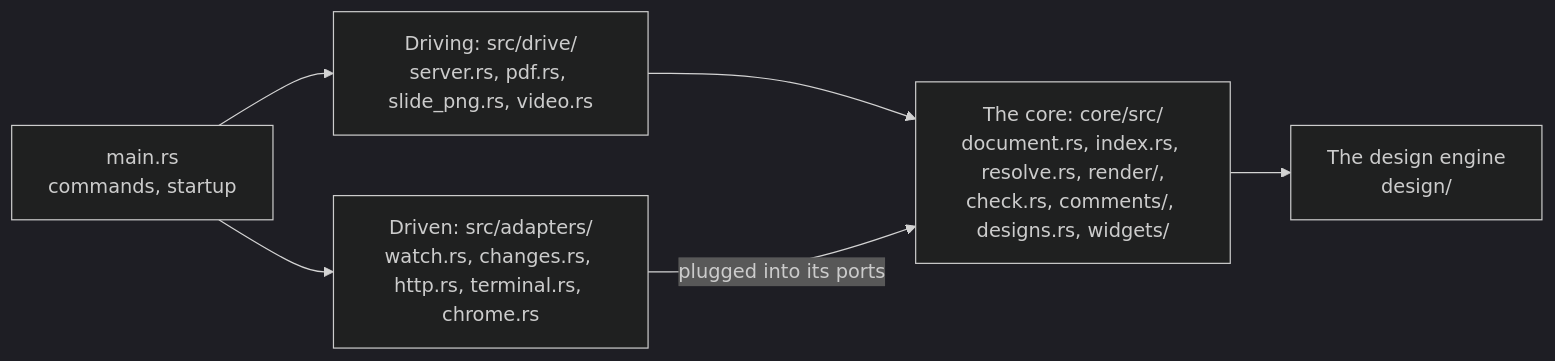
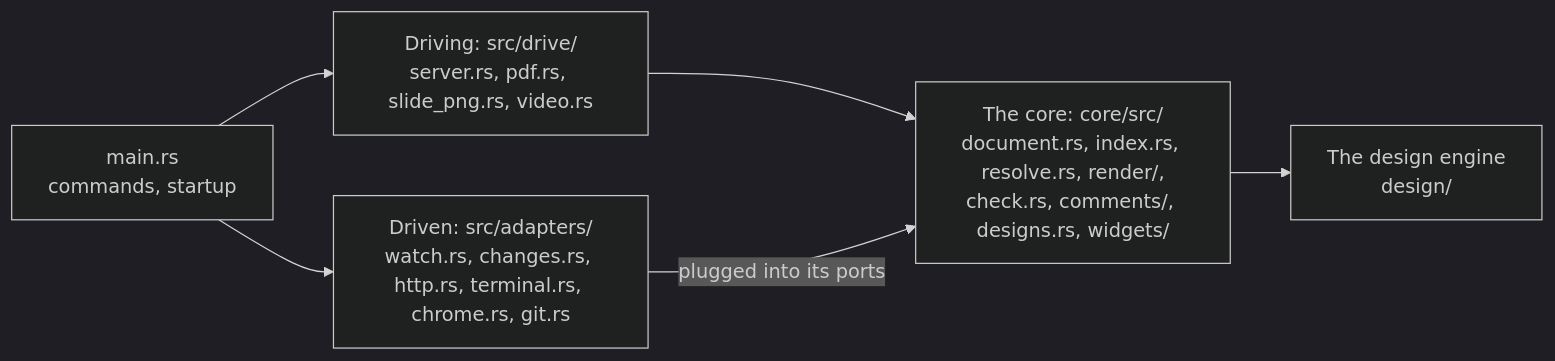
Before and after one commit to andrei512/devpage: the diagram in docs/boxes/engineering/code-map/README.md, drawn with Mermaid (dark theme). The commit also changed other lines of this file and 30 other files, not shown here.

````diff
--- a/docs/boxes/engineering/code-map/README.md
+++ b/docs/boxes/engineering/code-map/README.md
@@ -26,13 +26,13 @@
 ```mermaid
 flowchart LR
   main["main.rs<br/>commands, startup"] --> drive["Driving: src/drive/<br/>server.rs, pdf.rs, slide_png.rs, video.rs"]
-  main --> adapters["Driven: src/adapters/<br/>watch.rs, changes.rs, http.rs, terminal.rs, chrome.rs"]
+  main --> adapters["Driven: src/adapters/<br/>watch.rs, changes.rs, http.rs, terminal.rs, chrome.rs, git.rs"]
   drive --> core["The core: core/src/<br/>document.rs, index.rs, resolve.rs, render/,<br/>check.rs, comments/, designs.rs, widgets/"]
   adapters -- "plugged into its ports" --> core
   core --> engine["The design engine<br/>design/"]
   click main href "#how-main-wires-it-together" "How main wires it together"
   click drive href "../../viewer/serving-pages/README.md" "Serving pages"
   click adapters href "../../viewer/live-updates/README.md" "Live updates"
   click core href "../../viewer/rendering-a-page/README.md" "Rendering a page"
   click engine href "../../viewer/design-engine/README.md" "The design engine"
 ```
````
